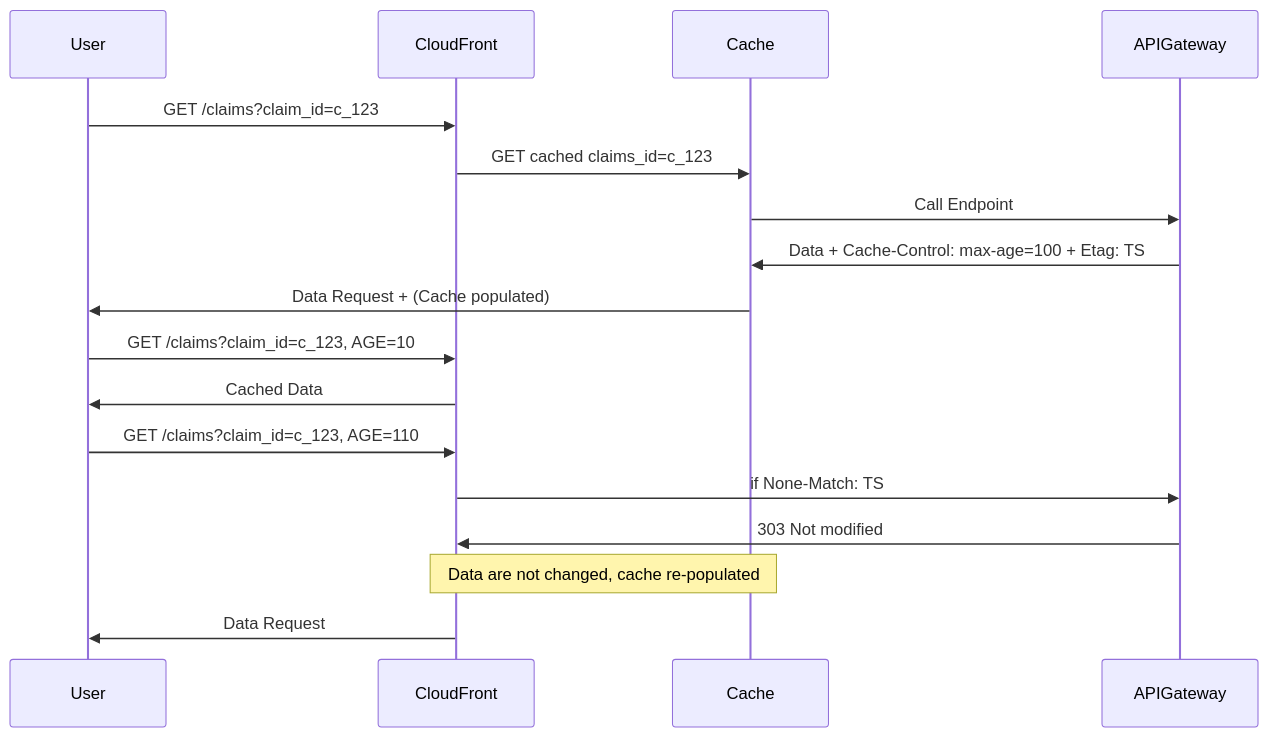
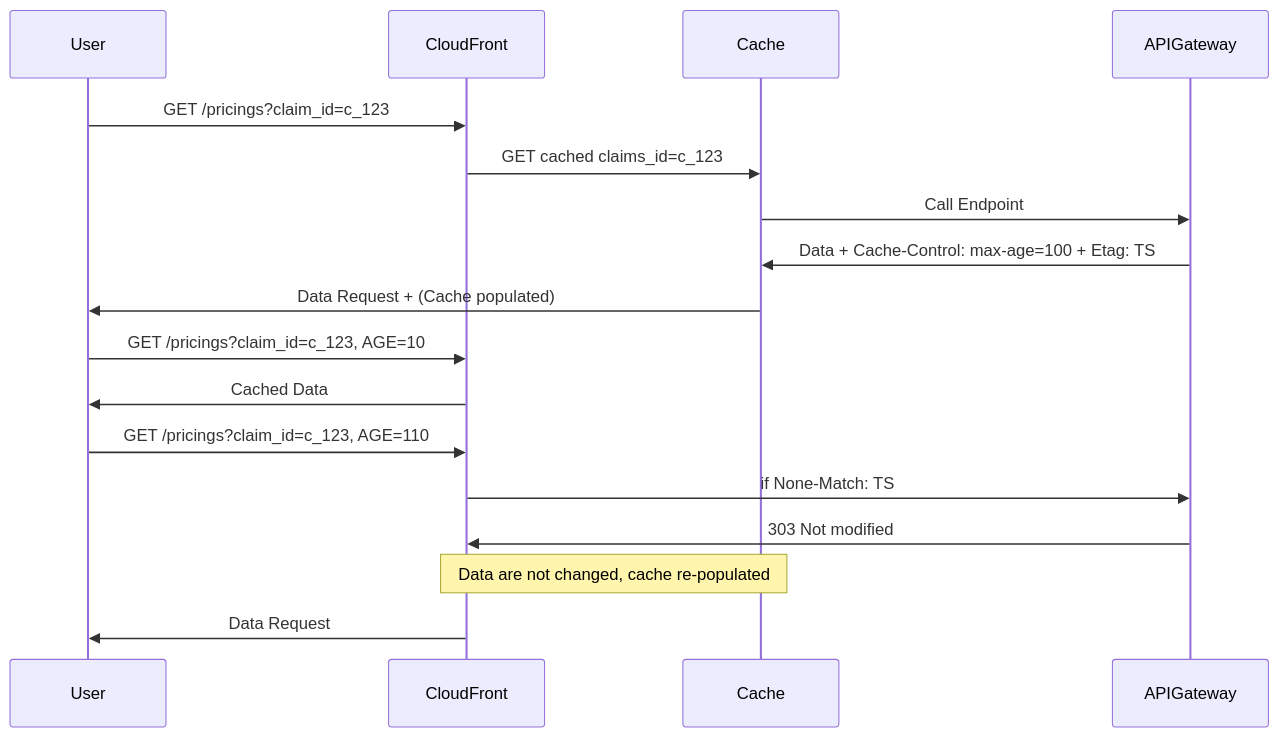
The diagram in README.md (Phonizx/Cloudfront-Cache), drawn with Mermaid before and after one commit. The commit also changed other lines of this file and 7 other files, not shown here.

````diff
--- a/README.md
+++ b/README.md
@@ -26,18 +54,18 @@
 ```mermaid
 sequenceDiagram
-    User ->>CloudFront: GET /claims?claim_id=c_123
+    User ->>CloudFront: GET /pricings?claim_id=c_123
     CloudFront ->>Cache: GET cached claims_id=c_123
     Cache ->> APIGateway: Call Endpoint
     APIGateway ->>Cache: Data + Cache-Control: max-age=100 + Etag: TS
     Cache ->> User: Data Request + (Cache populated)
 
-    User ->> CloudFront: GET /claims?claim_id=c_123, AGE=10
+    User ->> CloudFront: GET /pricings?claim_id=c_123, AGE=10
     CloudFront ->> User: Cached Data
 
-    User ->> CloudFront: GET /claims?claim_id=c_123, AGE=110 
+    User ->> CloudFront: GET /pricings?claim_id=c_123, AGE=110 
     CloudFront ->> APIGateway: if None-Match: TS
     APIGateway ->> CloudFront: 303 Not modified
     Note over CloudFront,Cache: Data are not changed, cache re-populated
 
     CloudFront ->>User: Data Request
 ```
````
